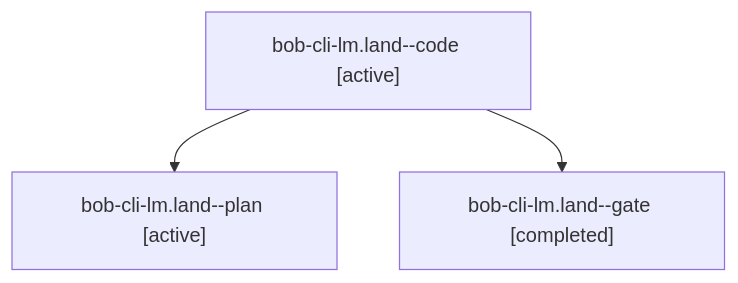
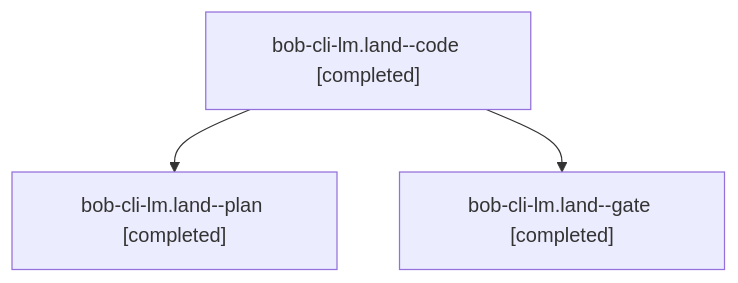
The diagram in sessions/bbugyi200.apollo.bob-cli-lm.land.md (bobs-org/bob-cli--agents), drawn with Mermaid before and after one commit. The commit also changed other lines of this file and 16 other files, not shown here.

````diff
--- a/sessions/bbugyi200.apollo.bob-cli-lm.land.md
+++ b/sessions/bbugyi200.apollo.bob-cli-lm.land.md
@@ -9,8 +9,8 @@
 ```mermaid
 flowchart TD
-  n0["bob-cli-lm.land--code [active]"]
-  n1["bob-cli-lm.land--plan [active]"]
+  n0["bob-cli-lm.land--code [completed]"]
+  n1["bob-cli-lm.land--plan [completed]"]
   n0 --> n1
   n2["bob-cli-lm.land--gate [completed]"]
   n0 --> n2
 ```
````
